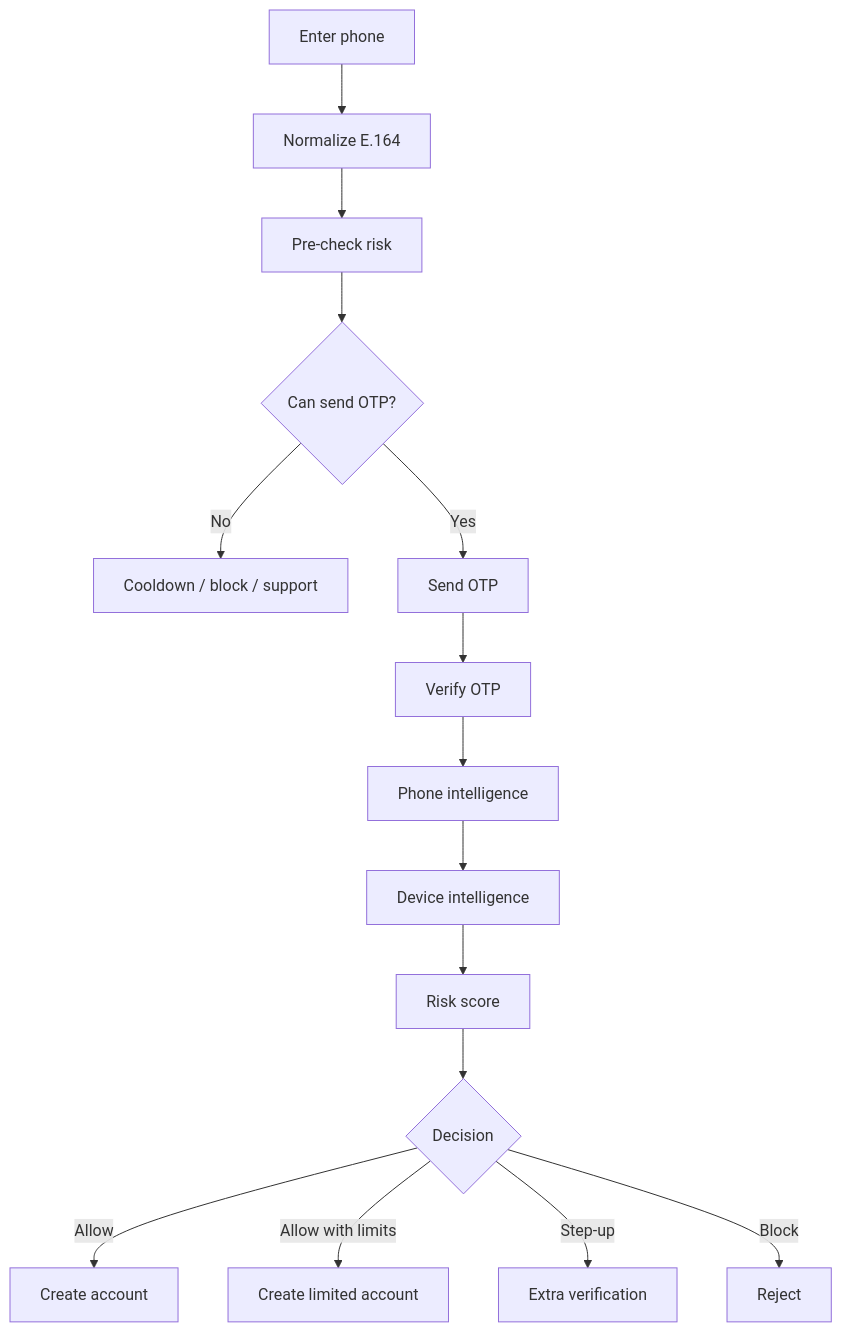
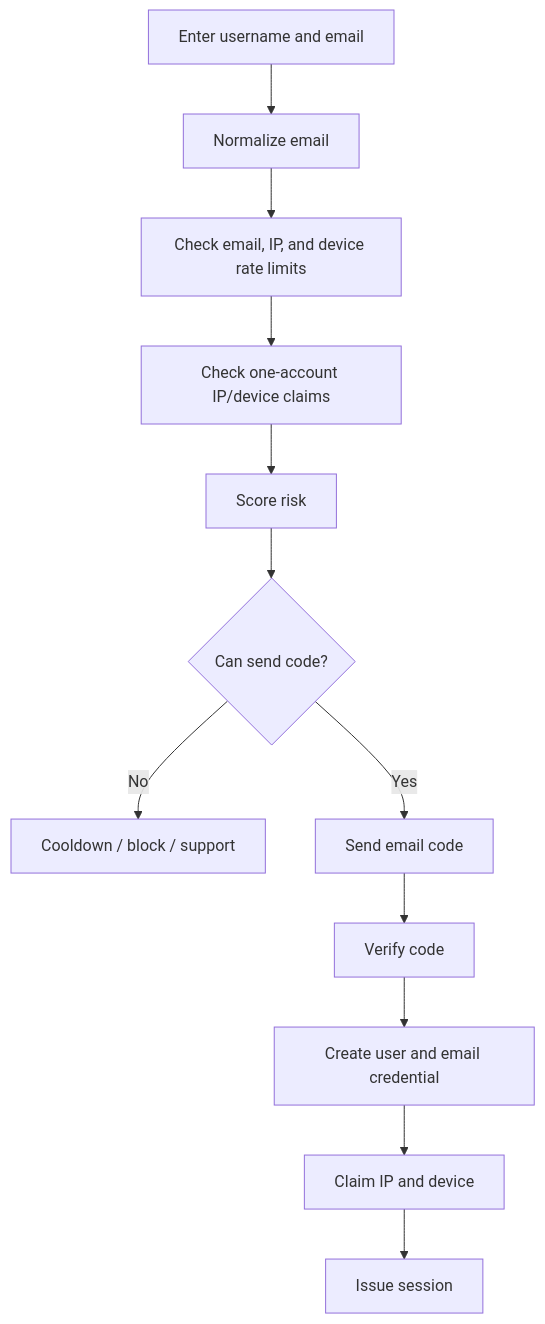
Before and after one commit to Afnanksalal/hana-chat: the diagram in docs/hana-chat-identity-and-abuse-prevention.md, drawn with Mermaid. The commit also changed other lines of this file and 82 other files, not shown here.

````diff
--- a/docs/hana-chat-identity-and-abuse-prevention.md
+++ b/docs/hana-chat-identity-and-abuse-prevention.md
@@ -26,17 +29,14 @@
 ```mermaid
 flowchart TD
-  A["Enter phone"] --> B["Normalize E.164"]
-  B --> C["Pre-check risk"]
-  C --> D{"Can send OTP?"}
-  D -->|No| E["Cooldown / block / support"]
-  D -->|Yes| F["Send OTP"]
-  F --> G["Verify OTP"]
-  G --> H["Phone intelligence"]
-  H --> I["Device intelligence"]
-  I --> J["Risk score"]
-  J --> K{"Decision"}
-  K -->|Allow| L["Create account"]
-  K -->|Allow with limits| M["Create limited account"]
-  K -->|Step-up| N["Extra verification"]
-  K -->|Block| O["Reject"]
+  A["Enter username and email"] --> B["Normalize email"]
+  B --> C["Check email, IP, and device rate limits"]
+  C --> D["Check one-account IP/device claims"]
+  D --> E["Score risk"]
+  E --> F{"Can send code?"}
+  F -->|No| G["Cooldown / block / support"]
+  F -->|Yes| H["Send email code"]
+  H --> I["Verify code"]
+  I --> J["Create user and email credential"]
+  J --> K["Claim IP and device"]
+  K --> L["Issue session"]
 ```
````
